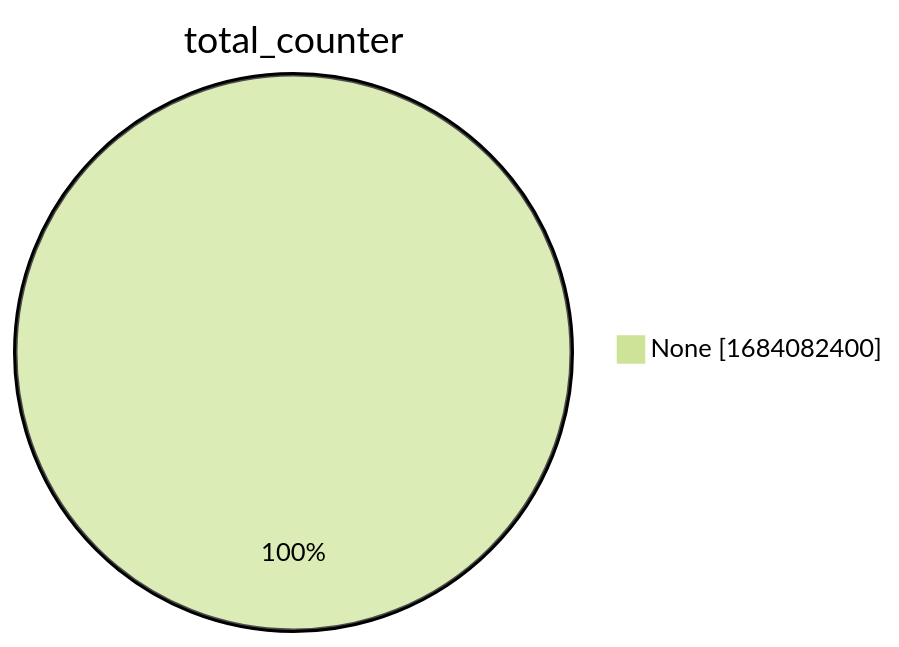
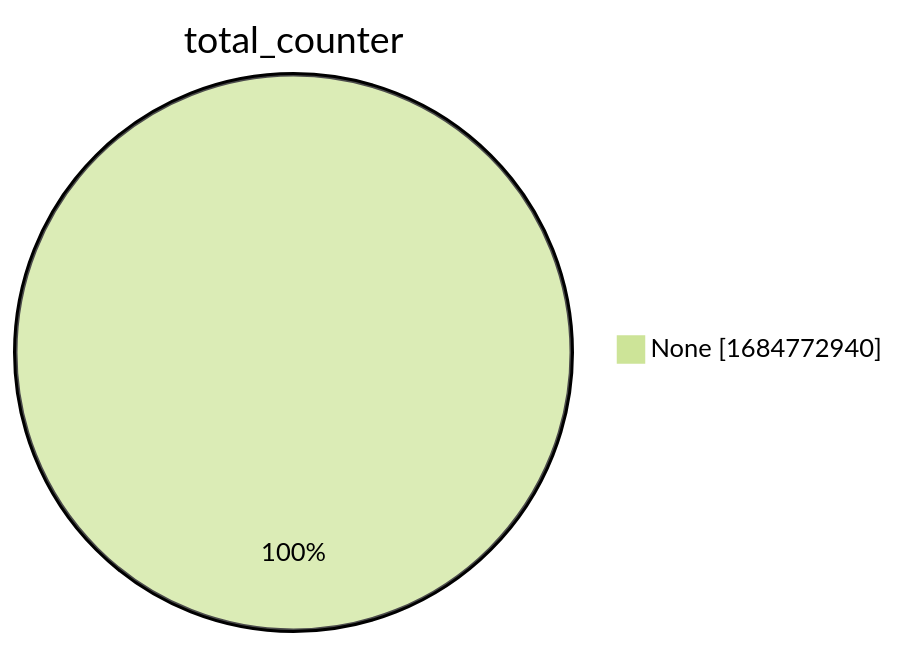
Before and after one commit to christiankrug/ctmonitor_visualization: the second of 15 diagrams in xenon2022/README.md, drawn with Mermaid (forest theme). The commit also changed other lines of this file, not shown here.

````diff
--- a/xenon2022/README.md
+++ b/xenon2022/README.md
@@ -9,5 +9,5 @@
 ```mermaid
 pie showData
 title total_counter
-"None" :1684082400
+"None" :1684772940
 ```
````
